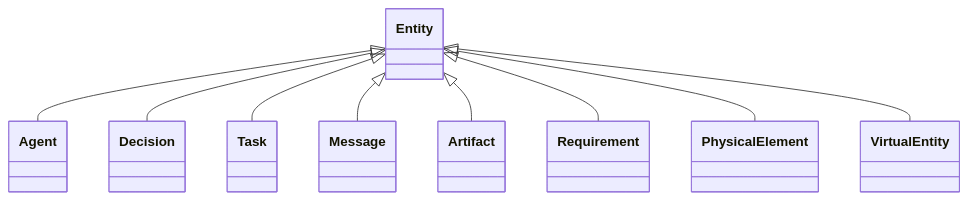
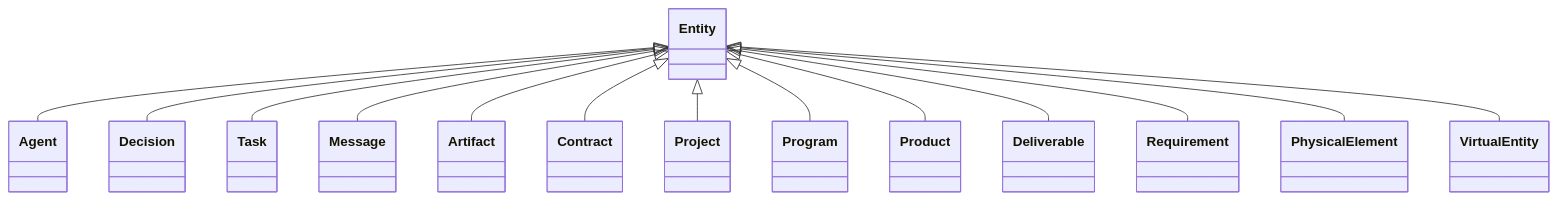
One commit to simondilhas/pragmatic-bim-data-contract changed the diagram in site/schema/Entity.md. Above: the diagram before and after it, drawn with Mermaid. The commit also changed other lines of this file and 677 other files, not shown here.

First line of the commit message:
Enhance classification and contract schemas for improved clarity and functionality

````diff
--- a/site/schema/Entity.md
+++ b/site/schema/Entity.md
@@ -25,31 +25,41 @@
 ```mermaid
 classDiagram
 direction TB
 class Entity
 click Entity href "./Entity.html" _blank
 Entity <|-- Agent
 click Agent href "./Agent.html" _blank
 Entity <|-- Decision
 click Decision href "./Decision.html" _blank
 Entity <|-- Task
 click Task href "./Task.html" _blank
 Entity <|-- Message
 click Message href "./Message.html" _blank
 Entity <|-- Artifact
 click Artifact href "./Artifact.html" _blank
+Entity <|-- Contract
+click Contract href "./Contract.html" _blank
+Entity <|-- Project
+click Project href "./Project.html" _blank
+Entity <|-- Program
+click Program href "./Program.html" _blank
+Entity <|-- Product
+click Product href "./Product.html" _blank
+Entity <|-- Deliverable
+click Deliverable href "./Deliverable.html" _blank
 Entity <|-- Requirement
 click Requirement href "./Requirement.html" _blank
 Entity <|-- PhysicalElement
 click PhysicalElement href "./PhysicalElement.html" _blank
 Entity <|-- VirtualEntity
 click VirtualEntity href "./VirtualEntity.html" _blank
 click Entity href "./Entity.html" _blank
 click Classification href "./Classification.html" _blank
 click GeometryRepresentation href "./GeometryRepresentation.html" _blank
 click LocalizedText href "./LocalizedText.html" _blank
 click LocalizedText href "./LocalizedText.html" _blank
 click MetadataEntry href "./MetadataEntry.html" _blank
 click PerformanceProperty href "./PerformanceProperty.html" _blank
 click QuantityValue href "./QuantityValue.html" _blank
 click StatusType href "./StatusType.html" _blank
 ```
````
